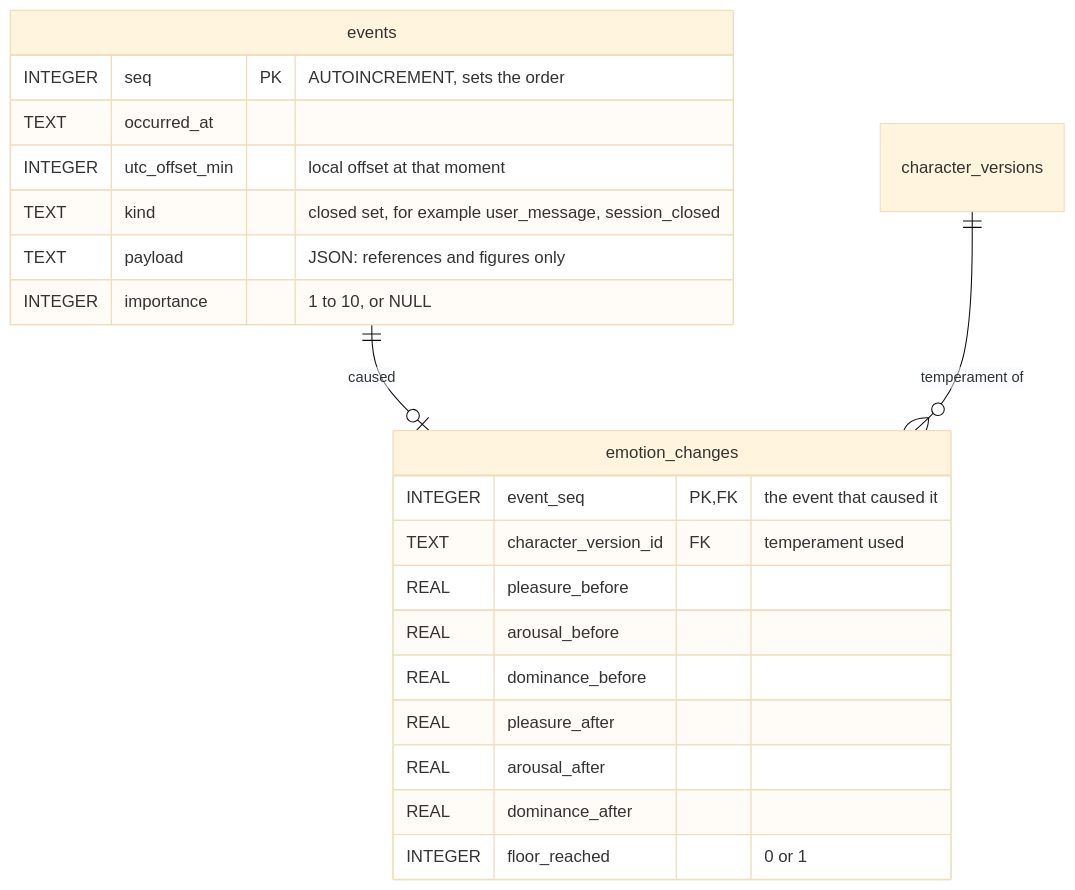
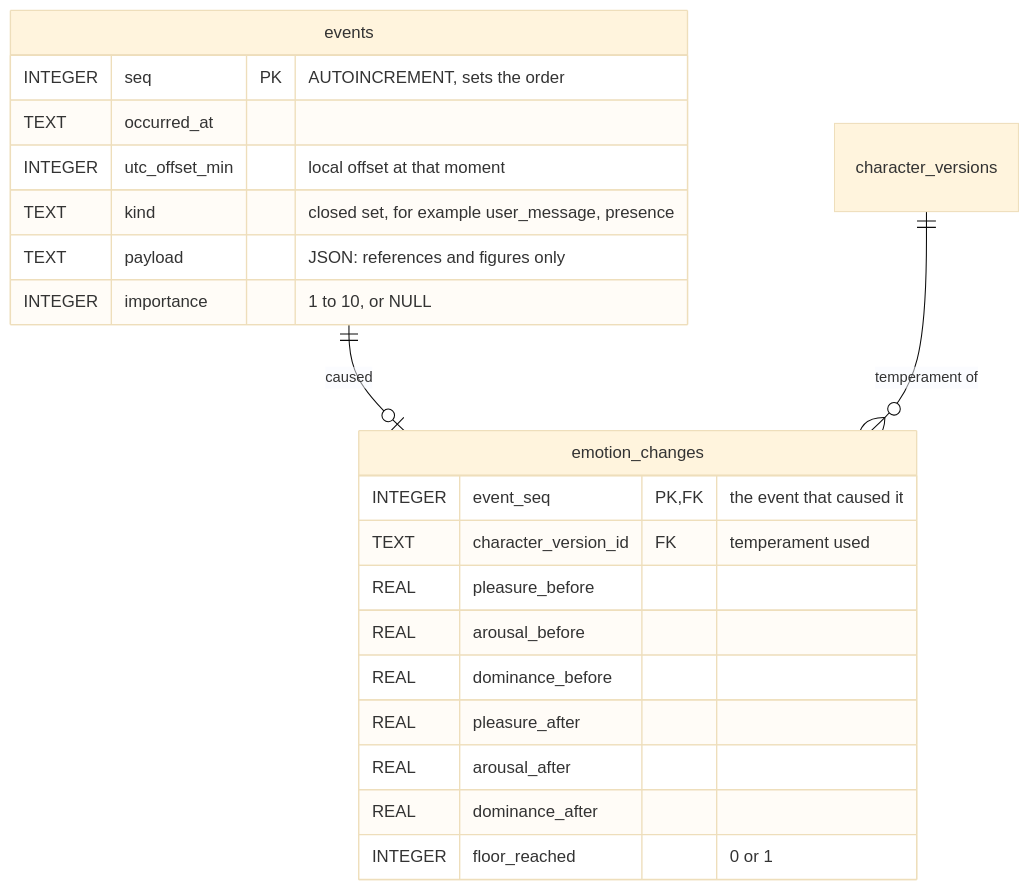
The sixth of 10 diagrams in docs/ERD.md (NguyenVu04/cognia), drawn with Mermaid (base theme) before and after one commit. The commit also changed other lines of this file and 83 other files, not shown here.

````diff
--- a/docs/ERD.md
+++ b/docs/ERD.md
@@ -576,24 +475,24 @@
 ```mermaid
 erDiagram
     events {
         INTEGER seq PK "AUTOINCREMENT, sets the order"
         TEXT occurred_at
         INTEGER utc_offset_min "local offset at that moment"
-        TEXT kind "closed set, for example user_message, session_closed"
+        TEXT kind "closed set, for example user_message, presence"
         TEXT payload "JSON: references and figures only"
         INTEGER importance "1 to 10, or NULL"
     }
     emotion_changes {
         INTEGER event_seq PK, FK "the event that caused it"
         TEXT character_version_id FK "temperament used"
         REAL pleasure_before
         REAL arousal_before
         REAL dominance_before
         REAL pleasure_after
         REAL arousal_after
         REAL dominance_after
         INTEGER floor_reached "0 or 1"
     }
     events ||--o| emotion_changes : "caused"
     character_versions ||--o{ emotion_changes : "temperament of"
 ```
````
